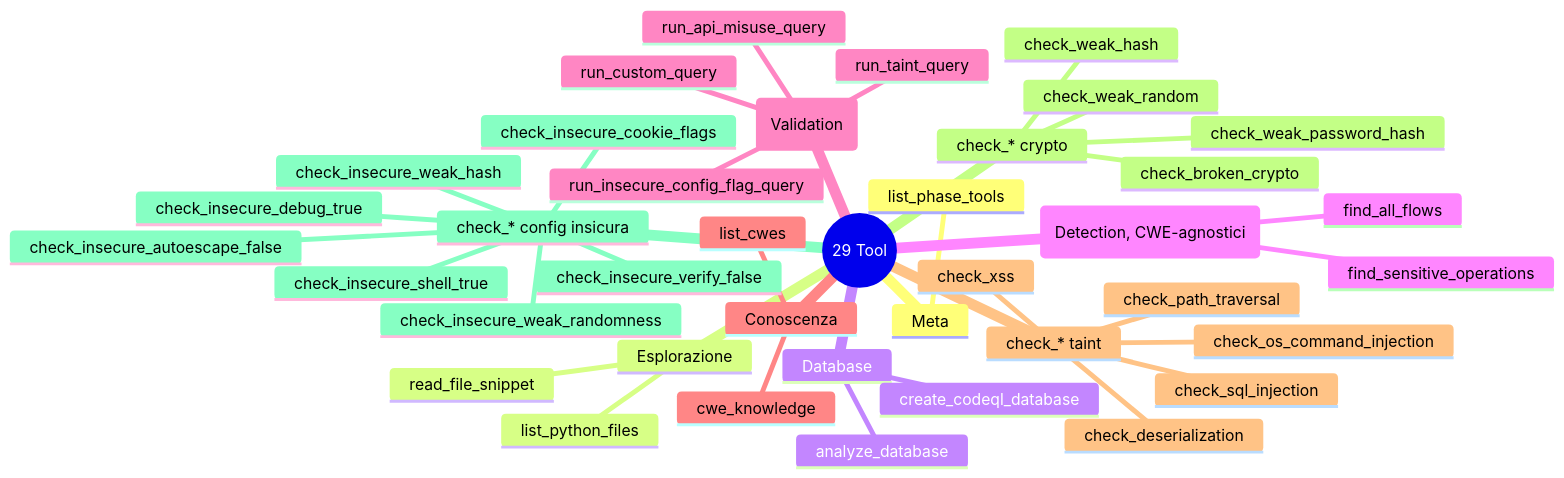
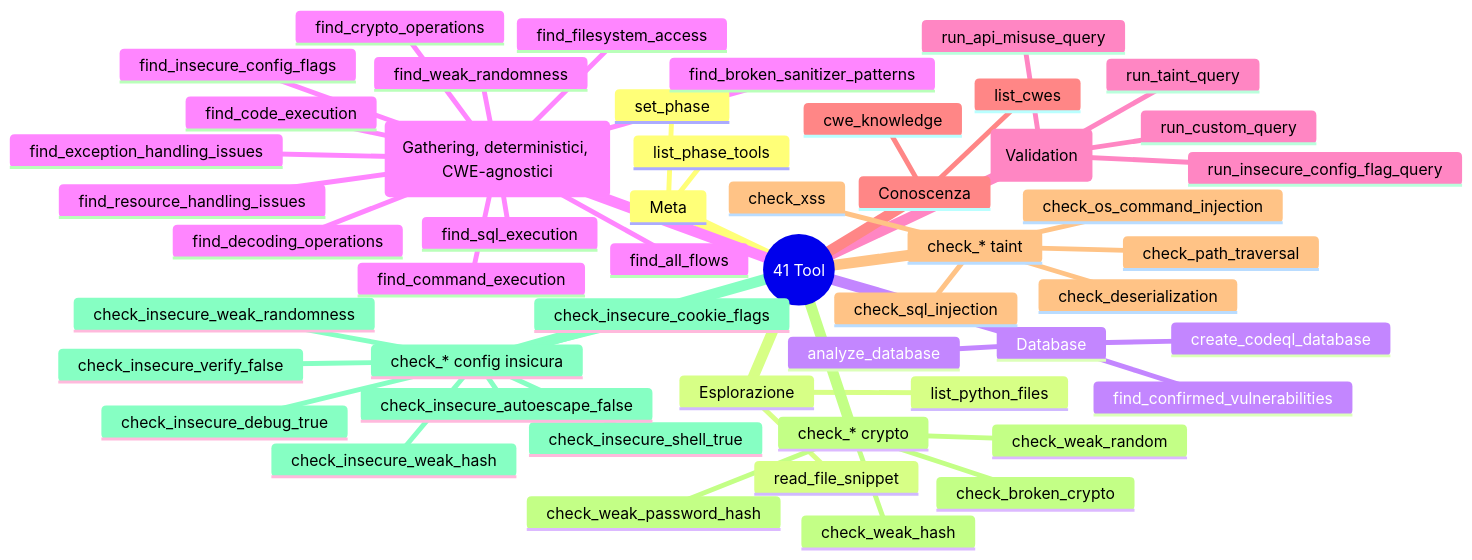
The seventh of 29 diagrams in documentazione/Server_MCP_Architettura.md (iris-cmd22/Sibyl), drawn with Mermaid before and after one commit. The commit also changed other lines of this file and 49 other files, not shown here.

````diff
--- a/documentazione/Server_MCP_Architettura.md
+++ b/documentazione/Server_MCP_Architettura.md
@@ -323,42 +336,54 @@
 ```mermaid
 mindmap
-  root((29 Tool))
+  root((41 Tool))
     Meta
       list_phase_tools
+      set_phase
     Esplorazione
       list_python_files
       read_file_snippet
     Database
       create_codeql_database
       analyze_database
-    Inventari (Detection, CWE-agnostici)
+      find_confirmed_vulnerabilities
+    Inventari (Gathering, deterministici, CWE-agnostici)
       find_all_flows
-      find_sensitive_operations
+      find_command_execution
+      find_code_execution
+      find_sql_execution
+      find_filesystem_access
+      find_decoding_operations
+      find_crypto_operations
+      find_weak_randomness
+      find_insecure_config_flags
+      find_exception_handling_issues
+      find_broken_sanitizer_patterns
+      find_resource_handling_issues
     Query generiche (Validation)
       run_custom_query
       run_taint_query
       run_api_misuse_query
       run_insecure_config_flag_query
     Conoscenza
       list_cwes
       cwe_knowledge
     check_* taint
       check_sql_injection
       check_os_command_injection
       check_path_traversal
       check_deserialization
       check_xss
     check_* crypto
       check_weak_hash
       check_broken_crypto
       check_weak_random
       check_weak_password_hash
     check_* config insicura
       check_insecure_verify_false
       check_insecure_shell_true
       check_insecure_autoescape_false
       check_insecure_debug_true
       check_insecure_weak_hash
       check_insecure_weak_randomness
       check_insecure_cookie_flags
 ```
````
